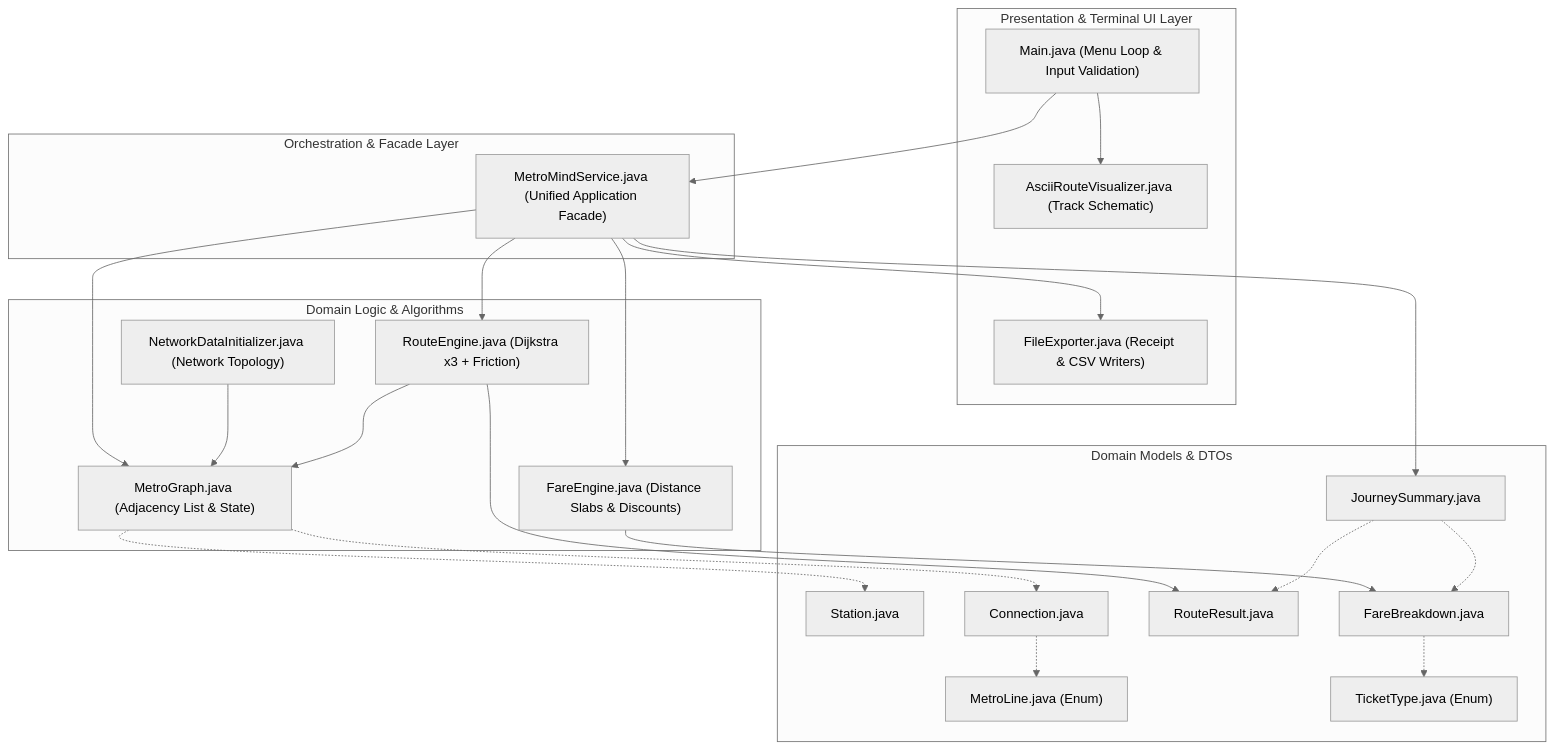
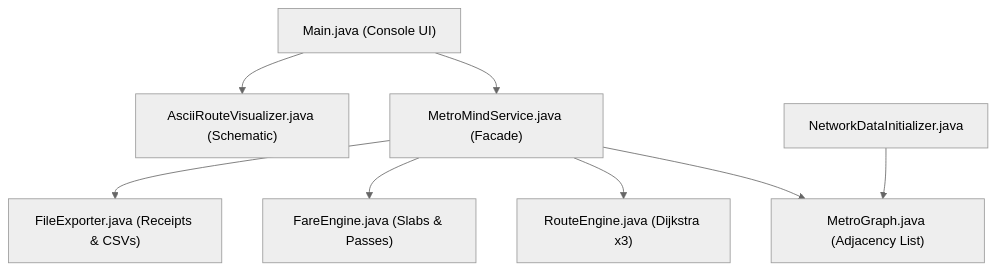
One commit to Lakshya241/MetroMind changed the diagram in README.md. Above: the diagram before and after it, drawn with Mermaid (neutral theme). The commit also changed other lines of this file and 3 other files, not shown here.

````diff
--- a/README.md
+++ b/README.md
@@ -154,48 +69,10 @@
 ```mermaid
 flowchart TD
-    subgraph UI_Layer ["Presentation & Terminal UI Layer"]
-        CLI["Main.java (Menu Loop & Input Validation)"]
-        VIS["AsciiRouteVisualizer.java (Track Schematic)"]
-        EXP["FileExporter.java (Receipt & CSV Writers)"]
-    end
-
-    subgraph Service_Layer ["Orchestration & Facade Layer"]
-        SVC["MetroMindService.java (Unified Application Facade)"]
-    end
-
-    subgraph Core_Engine ["Domain Logic & Algorithms"]
-        GRAPH["MetroGraph.java (Adjacency List & State)"]
-        ROUTE["RouteEngine.java (Dijkstra x3 + Friction)"]
-        FARE["FareEngine.java (Distance Slabs & Discounts)"]
-        INIT["NetworkDataInitializer.java (Network Topology)"]
-    end
-
-    subgraph Domain_Model ["Domain Models & DTOs"]
-        STATION["Station.java"]
-        CONN["Connection.java"]
-        LINES["MetroLine.java (Enum)"]
-        TICKETS["TicketType.java (Enum)"]
-        RESULT["RouteResult.java"]
-        SUMMARY["JourneySummary.java"]
-        BREAKDOWN["FareBreakdown.java"]
-    end
-
-    CLI --> SVC
-    CLI --> VIS
-    SVC --> ROUTE
-    SVC --> FARE
-    SVC --> GRAPH
-    SVC --> EXP
-    INIT --> GRAPH
-    ROUTE --> GRAPH
-    ROUTE --> RESULT
-    FARE --> BREAKDOWN
-    SVC --> SUMMARY
-
-    GRAPH -.-> STATION
-    GRAPH -.-> CONN
-    CONN -.-> LINES
-    SUMMARY -.-> RESULT
-    SUMMARY -.-> BREAKDOWN
-    BREAKDOWN -.-> TICKETS
+    CLI["Main.java (Console UI)"] --> SVC["MetroMindService.java (Facade)"]
+    CLI --> VIS["AsciiRouteVisualizer.java (Schematic)"]
+    SVC --> GRAPH["MetroGraph.java (Adjacency List)"]
+    SVC --> ROUTE["RouteEngine.java (Dijkstra x3)"]
+    SVC --> FARE["FareEngine.java (Slabs & Passes)"]
+    SVC --> EXP["FileExporter.java (Receipts & CSVs)"]
+    INIT["NetworkDataInitializer.java"] --> GRAPH
 ```
````
